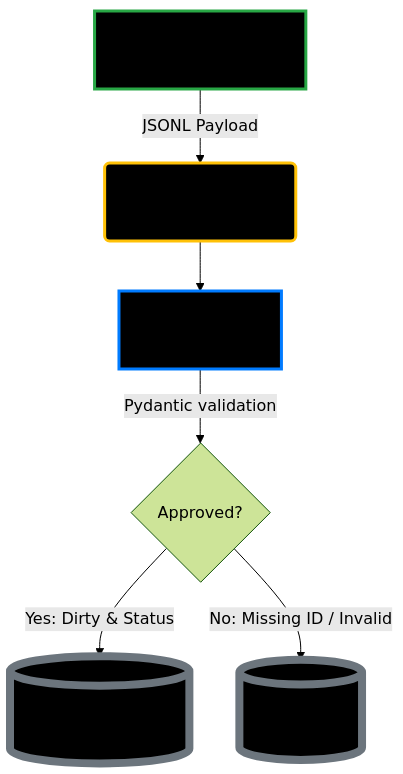
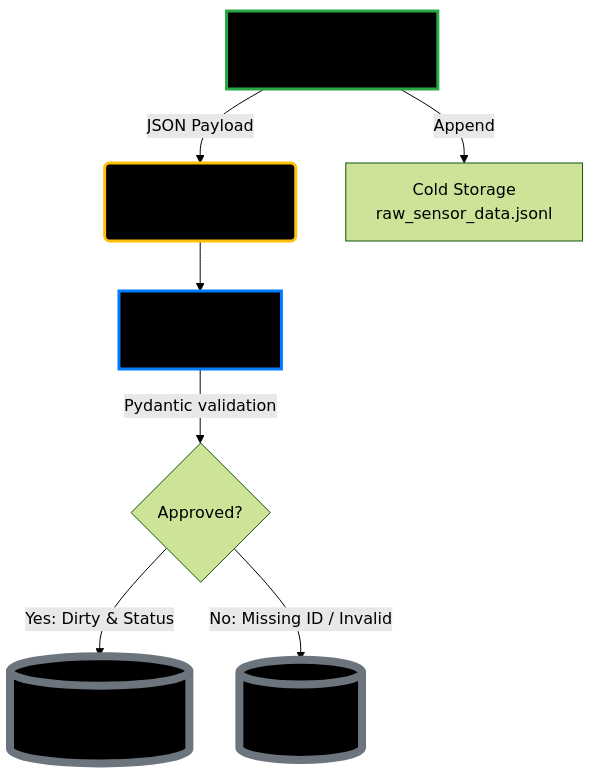
One commit to JohnnyHyytiainen/group_project_dataplatform changed the diagram in docs/diagrams/architecture_BRONZE.mmd. Above: the diagram before and after it, drawn with Mermaid (forest theme). The commit also changed 10 other files, not shown here.

```diff
--- a/docs/diagrams/architecture_BRONZE.mmd
+++ b/docs/diagrams/architecture_BRONZE.mmd
@@ -1,18 +1,19 @@
 graph TD
-    A[IoT Fleet Simulator<br/>producer.py] -->|JSONL Payload| B(Apache Kafka<br/>sensor_data_stream)
+    A[IoT Fleet Simulator<br/>producer.py] -->|JSON Payload| B(Apache Kafka<br/>sensor_data_stream)
+    A -->|Append| H[Cold Storage<br/>raw_sensor_data.jsonl]
     B --> C[Quality Gate<br/>consumer.py]
     
     C -->|Pydantic validation| D{Approved?}
     
     D -->|Yes: Dirty & Status| E[(PostgreSQL<br/>staging_sensor_data)]
     D -->|No: Missing ID / Invalid| F[(PostgreSQL<br/>faulty_events)]
     
     classDef producer fill:#000,stroke:#28a745,stroke-width:3px;
     classDef broker fill:#000,stroke:#ffc107,stroke-width:3px;
     classDef consumer fill:#000,stroke:#007bff,stroke-width:3px;
     classDef db fill:#000,stroke:#6c757d,stroke-width:8px;
     
     class A producer;
     class B broker;
     class C consumer;
     class E,F db;
```
